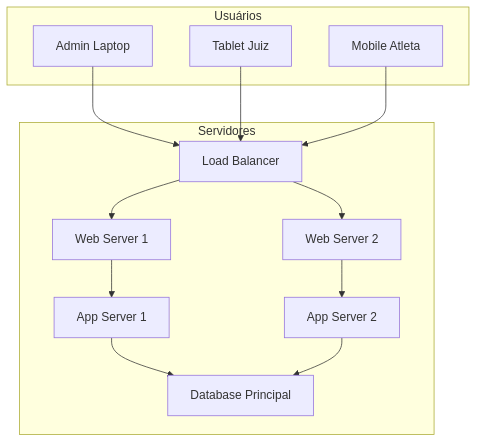
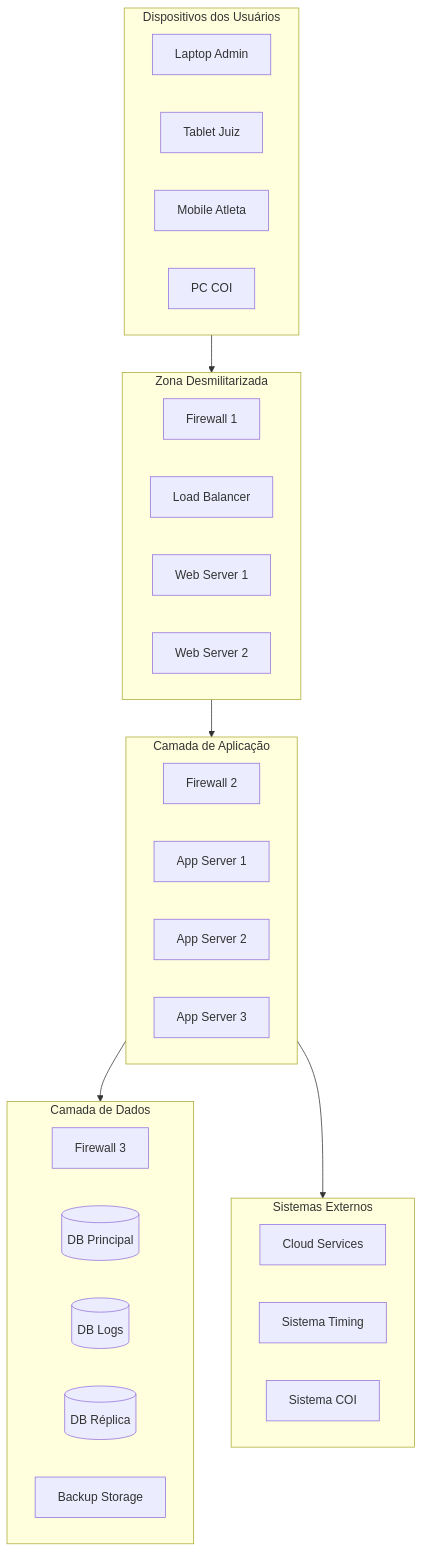
The sixth of 6 diagrams in README.md (Paulooassis/Sistema-de-Gestao-de-Olimpiadas), drawn with Mermaid before and after one commit. The commit also changed other lines of this file, not shown here.

````diff
--- a/README.md
+++ b/README.md
@@ -92,27 +223,42 @@
 ```mermaid
-graph TD
-  subgraph Usuários
-    A[Admin Laptop]
-    B[Tablet Juiz]
-    C[Mobile Atleta]
-  end
-  
-  subgraph Servidores
-    LB[Load Balancer]
-    WS1[Web Server 1]
-    WS2[Web Server 2]
-    AS1[App Server 1]
-    AS2[App Server 2]
-    DB[Database Principal]
-  end
-
-  A --> LB
-  B --> LB
-  C --> LB
-  LB --> WS1
-  LB --> WS2
-  WS1 --> AS1
-  WS2 --> AS2
-  AS1 --> DB
-  AS2 --> DB
+flowchart TB
+    subgraph USUARIOS [Dispositivos dos Usuários]
+        LA[Laptop Admin]
+        TJ[Tablet Juiz]
+        MA[Mobile Atleta]
+        PC[PC COI]
+    end
+    
+    subgraph DMZ [Zona Desmilitarizada]
+        FW1[Firewall 1]
+        LB[Load Balancer]
+        WS1[Web Server 1]
+        WS2[Web Server 2]
+    end
+    
+    subgraph APP [Camada de Aplicação]
+        FW2[Firewall 2]
+        AS1[App Server 1]
+        AS2[App Server 2]
+        AS3[App Server 3]
+    end
+    
+    subgraph DATA [Camada de Dados]
+        FW3[Firewall 3]
+        DB1[(DB Principal)]
+        DB2[(DB Logs)]
+        DB3[(DB Réplica)]
+        BS[Backup Storage]
+    end
+    
+    subgraph EXT [Sistemas Externos]
+        CS[Cloud Services]
+        ST[Sistema Timing]
+        SCOI[Sistema COI]
+    end
+    
+    USUARIOS --> DMZ
+    DMZ --> APP
+    APP --> DATA
+    APP --> EXT
 ```
````
